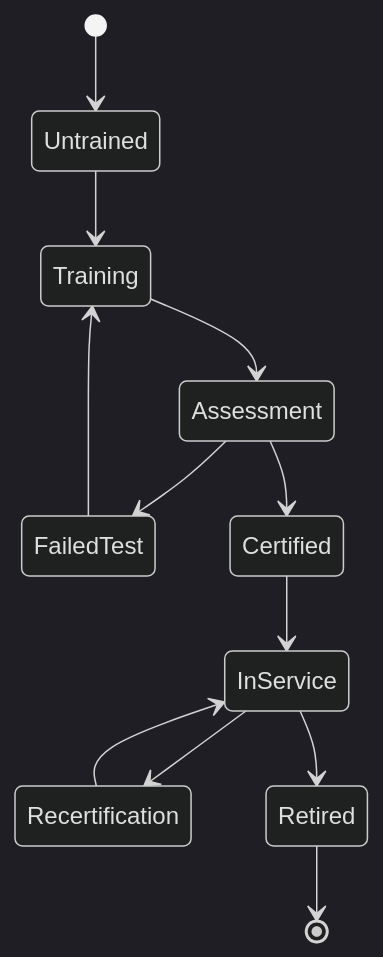
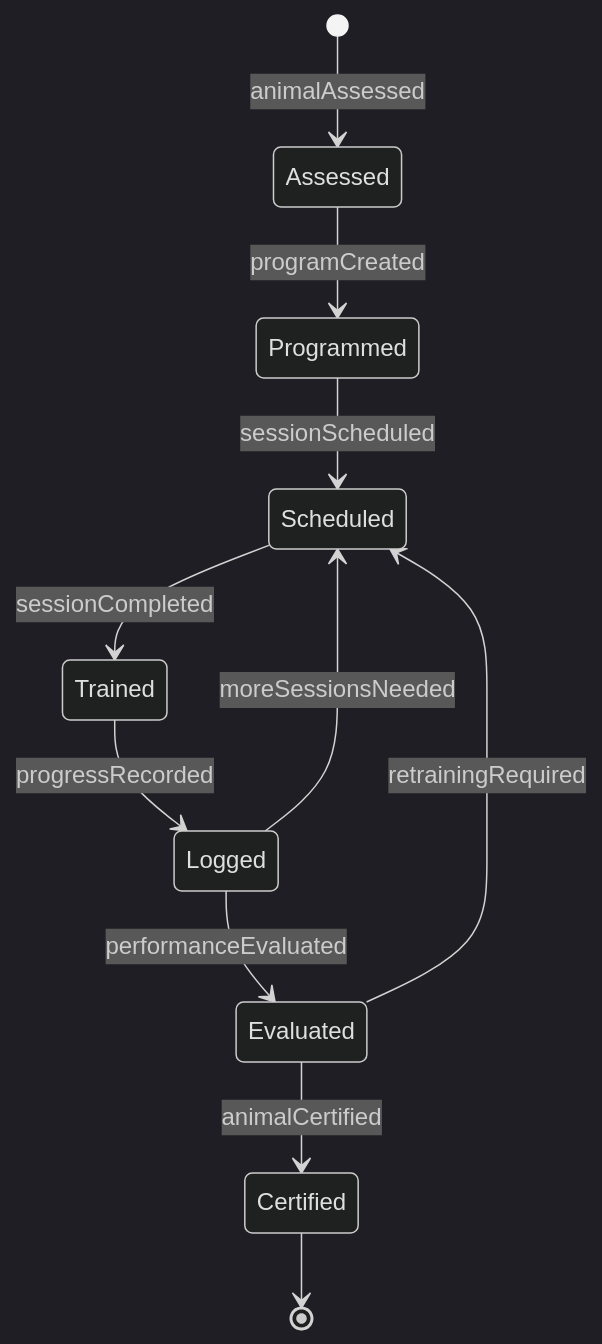
The second of 4 diagrams in HandlingAndMovingObjects/TrainAnimals/TrainAnimals.mdx (dot-org-ai/tasks.org.ai), drawn with Mermaid (dark theme) before and after one commit. The commit also changed other lines of this file and 515 other files, not shown here.

````diff
--- a/HandlingAndMovingObjects/TrainAnimals/TrainAnimals.mdx
+++ b/HandlingAndMovingObjects/TrainAnimals/TrainAnimals.mdx
@@ -99,14 +99,13 @@
 ```mermaid
 stateDiagram-v2
-    [*] --> Untrained
-    Untrained --> Training
-    Training --> Assessment
-    Assessment --> FailedTest
-    FailedTest --> Training
-    Assessment --> Certified
-    Certified --> InService
-    InService --> Recertification
-    Recertification --> InService
-    InService --> Retired
-    Retired --> [*]
+    [*] --> Assessed : animalAssessed
+    Assessed --> Programmed : programCreated
+    Programmed --> Scheduled : sessionScheduled
+    Scheduled --> Trained : sessionCompleted
+    Trained --> Logged : progressRecorded
+    Logged --> Scheduled : moreSessionsNeeded
+    Logged --> Evaluated : performanceEvaluated
+    Evaluated --> Certified : animalCertified
+    Evaluated --> Scheduled : retrainingRequired
+    Certified --> [*]
 ```
````
